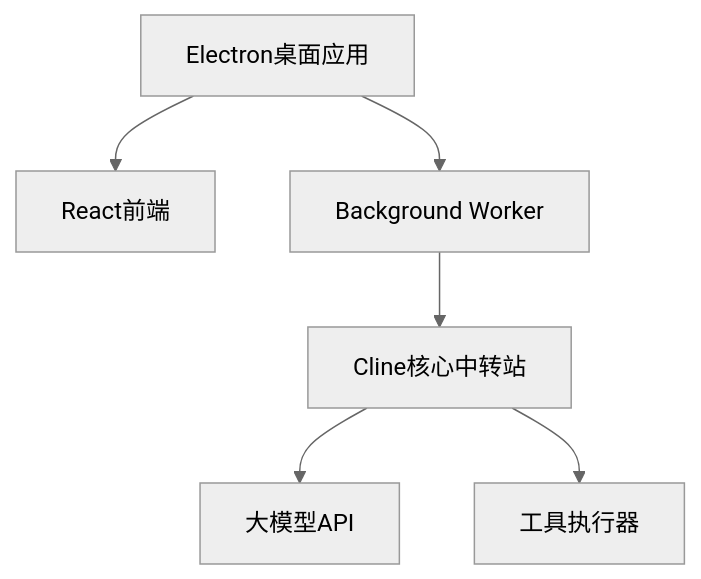
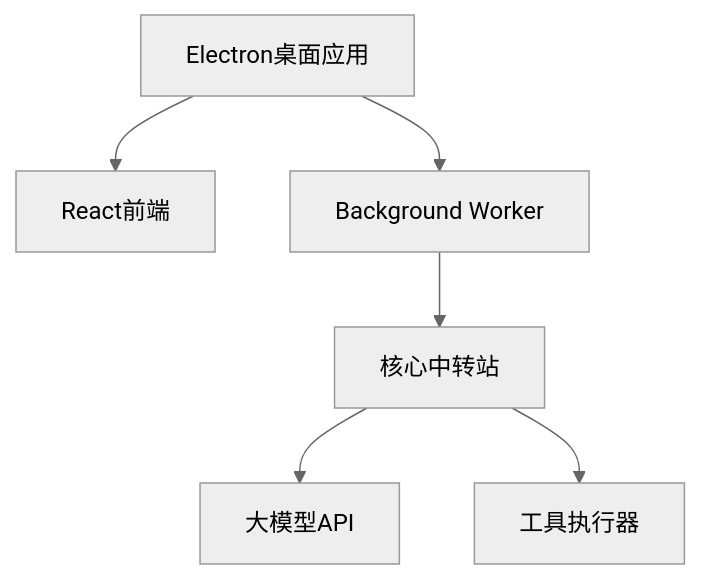
Before and after one commit to waht41/auto_machine: the diagram in readme.md, drawn with Mermaid (neutral theme). The commit also changed other lines of this file and 1 other file, not shown here.

````diff
--- a/readme.md
+++ b/readme.md
@@ -35,8 +34,8 @@
 ```mermaid
 graph TD
     A[Electron桌面应用] --> B[React前端]
     A --> C[Background Worker]
-    C --> D[Cline核心中转站]
+    C --> D[核心中转站]
     D --> E[大模型API]
     D --> F[工具执行器]
 ```
````
